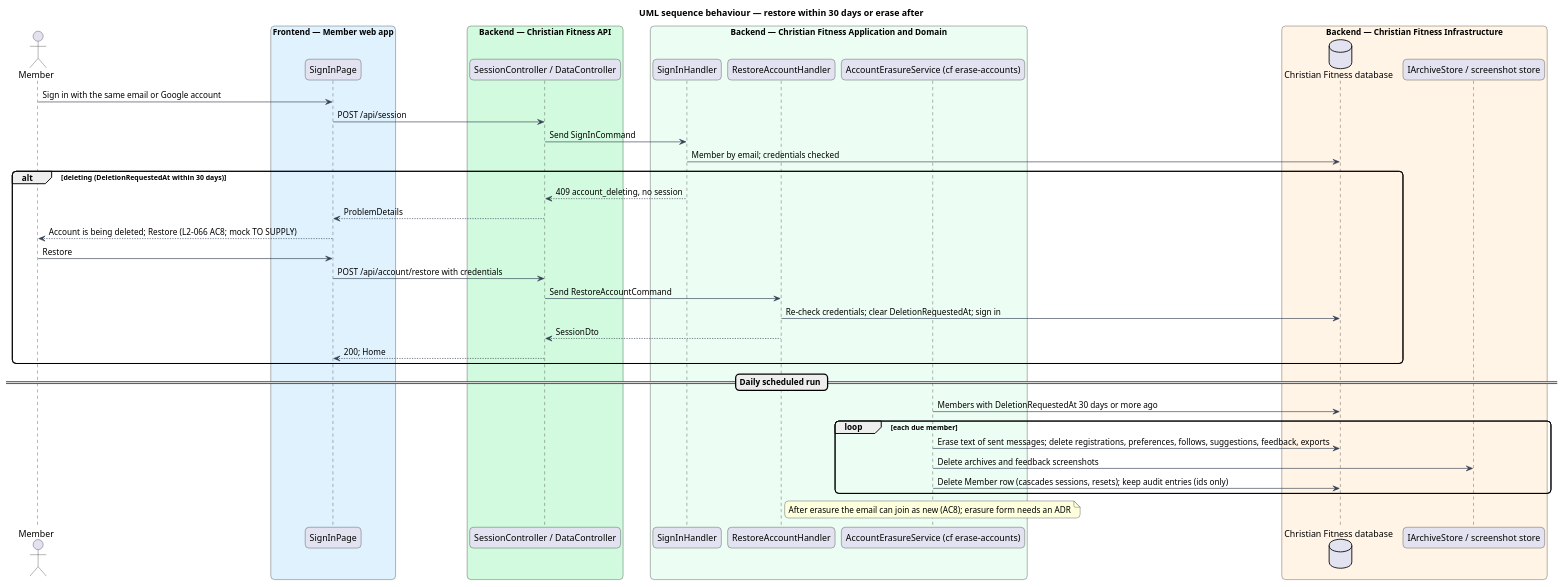
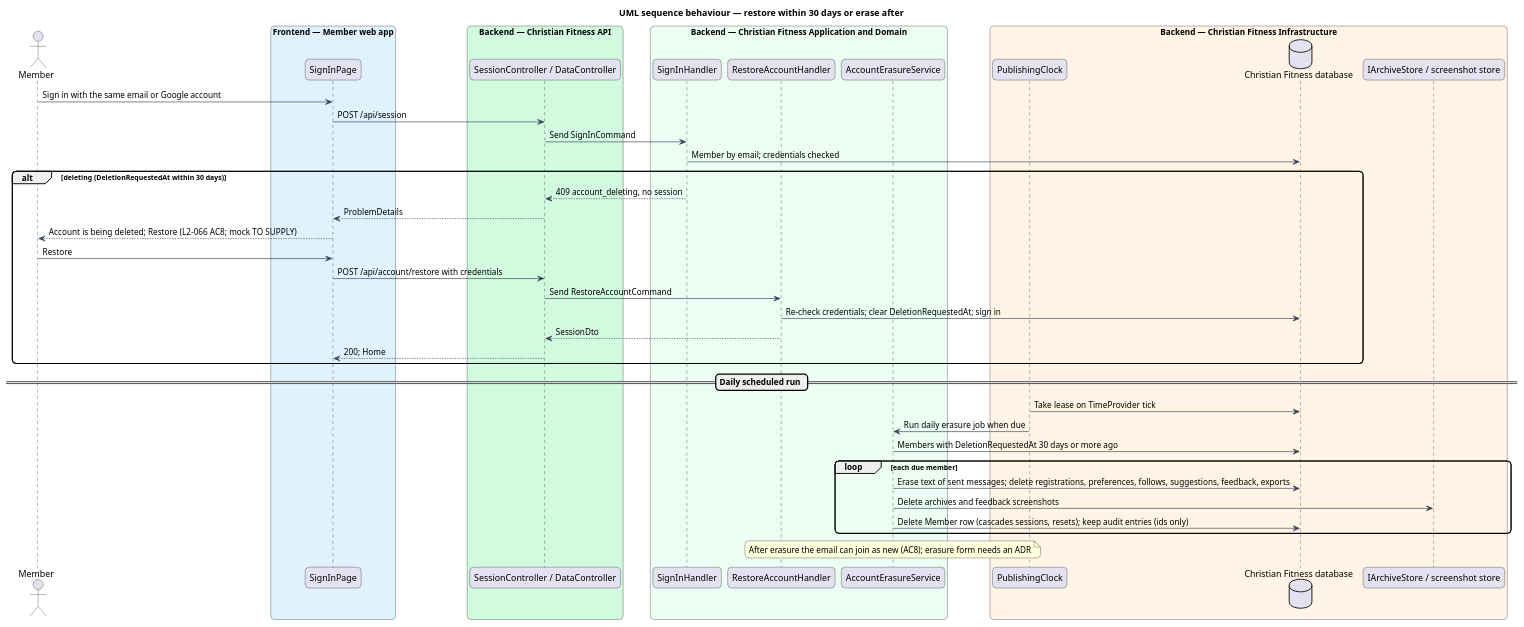
Before and after one commit to QuinntyneBrown/christian-fitness: the diagram in docs/detailed-designs/preferences/download-and-delete-data/diagrams/sequence-restore-or-erase.puml, drawn with PlantUML. The commit also changed 33 other files, not shown here.

```diff
--- a/docs/detailed-designs/preferences/download-and-delete-data/diagrams/sequence-restore-or-erase.puml
+++ b/docs/detailed-designs/preferences/download-and-delete-data/diagrams/sequence-restore-or-erase.puml
@@ -1,47 +1,50 @@
 @startuml
 title UML sequence behaviour — restore within 30 days or erase after
 skinparam backgroundColor #FFFFFF
 skinparam shadowing false
 skinparam roundcorner 12
 skinparam defaultFontName Arial
 skinparam ArrowColor #344054
 actor "Member" as actor
 box "Frontend — Member web app" #E0F2FE
   participant "SignInPage" as page
 end box
 box "Backend — Christian Fitness API" #D1FADF
   participant "SessionController / DataController" as ctrl
 end box
 box "Backend — Christian Fitness Application and Domain" #ECFDF3
   participant "SignInHandler" as signin
   participant "RestoreAccountHandler" as restore
-  participant "AccountErasureService (cf erase-accounts)" as erase
+  participant "AccountErasureService" as erase
 end box
 box "Backend — Christian Fitness Infrastructure" #FFF4E5
+  participant "PublishingClock" as clock
   database "Christian Fitness database" as db
   participant "IArchiveStore / screenshot store" as files
 end box
 actor -> page : Sign in with the same email or Google account
 page -> ctrl : POST /api/session
 ctrl -> signin : Send SignInCommand
 signin -> db : Member by email; credentials checked
 alt deleting (DeletionRequestedAt within 30 days)
   signin --> ctrl : 409 account_deleting, no session
   ctrl --> page : ProblemDetails
   page --> actor : Account is being deleted; Restore (L2-066 AC8; mock TO SUPPLY)
   actor -> page : Restore
   page -> ctrl : POST /api/account/restore with credentials
   ctrl -> restore : Send RestoreAccountCommand
   restore -> db : Re-check credentials; clear DeletionRequestedAt; sign in
   restore --> ctrl : SessionDto
   ctrl --> page : 200; Home
 end
 == Daily scheduled run ==
+clock -> db : Take lease on TimeProvider tick
+clock -> erase : Run daily erasure job when due
 erase -> db : Members with DeletionRequestedAt 30 days or more ago
 loop each due member
   erase -> db : Erase text of sent messages; delete registrations, preferences, follows, suggestions, feedback, exports
   erase -> files : Delete archives and feedback screenshots
   erase -> db : Delete Member row (cascades sessions, resets); keep audit entries (ids only)
 end
 note over erase : After erasure the email can join as new (AC8); erasure form needs an ADR
 @enduml
```
